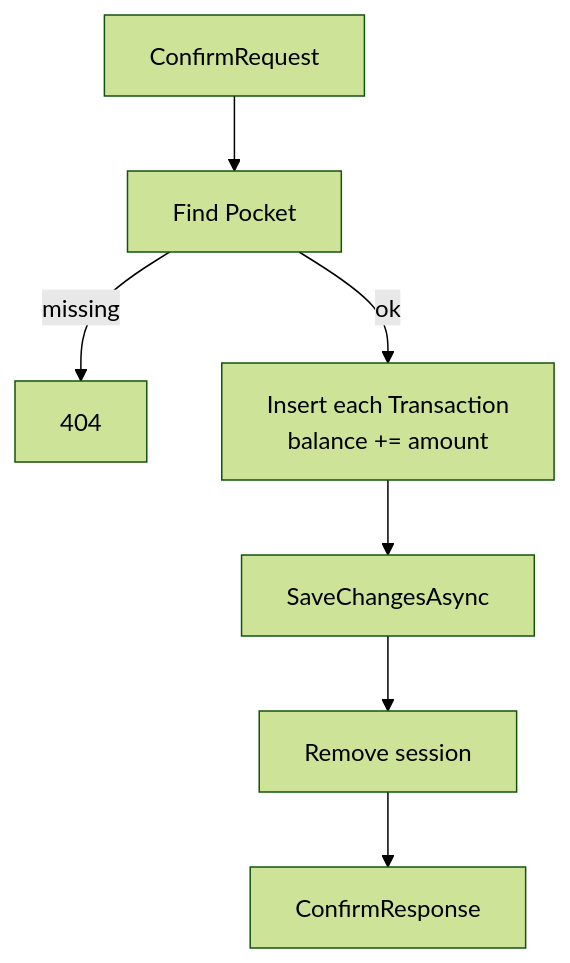
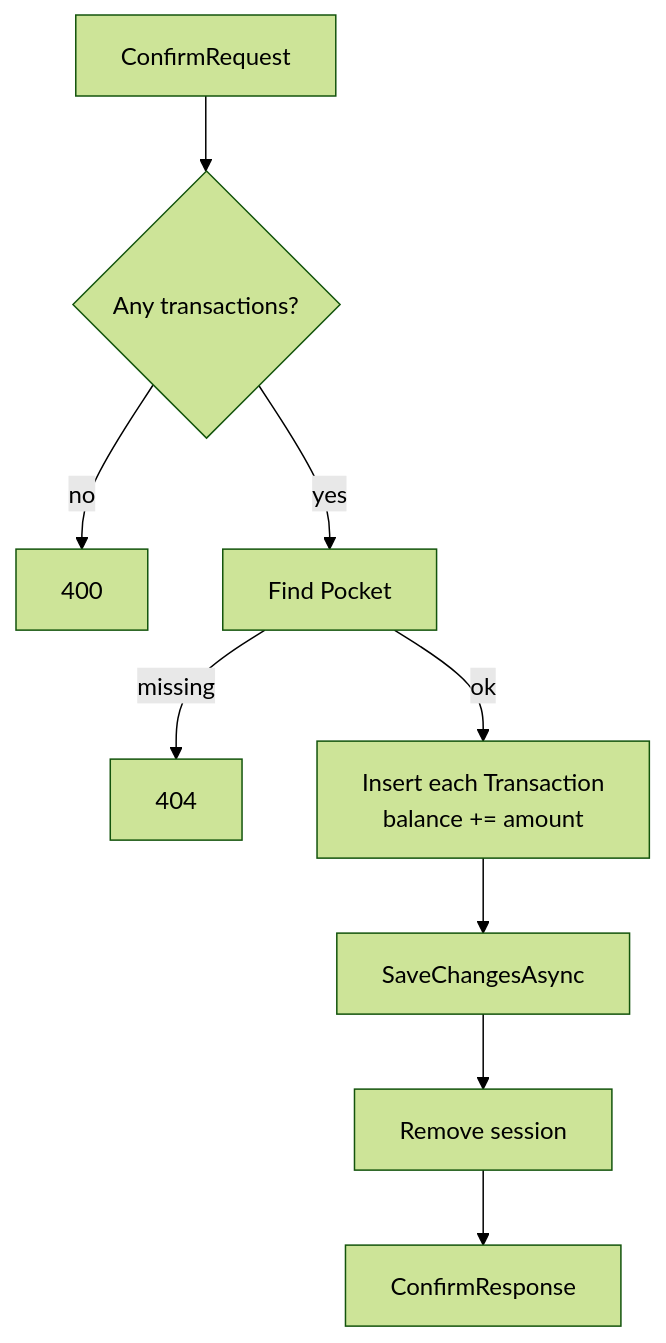
One commit to NotThaDev/KeepItSimple changed the third of 3 diagrams in backend/KeepItSimple.Api/TransactionImportUtil.md. Above: the diagram before and after it, drawn with Mermaid (forest theme). The commit also changed other lines of this file and 2 other files, not shown here.

````diff
--- a/backend/KeepItSimple.Api/TransactionImportUtil.md
+++ b/backend/KeepItSimple.Api/TransactionImportUtil.md
@@ -120,9 +124,11 @@
 ```mermaid
 flowchart TD
-  R[ConfirmRequest] --> P[Find Pocket]
+  R[ConfirmRequest] --> E{Any transactions?}
+  E -- no --> BR[400]
+  E -- yes --> P[Find Pocket]
   P -- missing --> NF[404]
   P -- ok --> W[Insert each Transaction<br/>balance += amount]
   W --> S[SaveChangesAsync]
   S --> X[Remove session]
   X --> OUT[ConfirmResponse]
 ```
````
